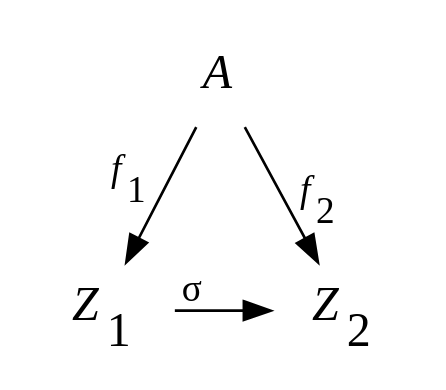
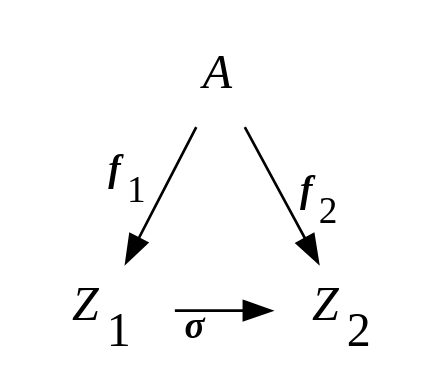
One commit to bcatalfo/Math-Solutions changed the third of 11 diagrams in docs/Paolo-Aluffi-Algebra-Chapter-0/Chapter-1-Preliminaries-Set-Theory-And-Categories/Section-3-Categories.md. Above: the diagram before and after it, drawn with Graphviz. The commit also changed other lines of this file and 6 other files, not shown here.

Commit message:
Fixed all the commutative diagrams in 3.7.

````diff
--- a/docs/Paolo-Aluffi-Algebra-Chapter-0/Chapter-1-Preliminaries-Set-Theory-And-Categories/Section-3-Categories.md
+++ b/docs/Paolo-Aluffi-Algebra-Chapter-0/Chapter-1-Preliminaries-Set-Theory-And-Categories/Section-3-Categories.md
@@ -88,13 +88,13 @@
 ```dot
 digraph {
   {
     node [shape=none fontsize=18]
     A [label=<<i>A</i>>];
     Z_1 [label=<<i>Z</i><sub>1</sub>>];
     Z_2 [label=<<i>Z</i><sub>2</sub>>];
   }
-  A -> Z_1 [xlabel=<<i>f</i><sub>1</sub> >];
-  A -> Z_2 [label=< <i>f</i><sub>2</sub>>];
-  {Z_1 -> Z_2 [xlabel=<  &sigma;>]; rank=same;}
+  A -> Z_1 [xlabel=<<i><b>f</b></i><sub>1</sub> >];
+  A -> Z_2 [label=< <i><b>f</b></i><sub>2</sub>>];
+  {Z_1 -> Z_2 [xlabel=< <i><b> &sigma;    </b></i>>]; rank=same;}
 }
 ```
````
